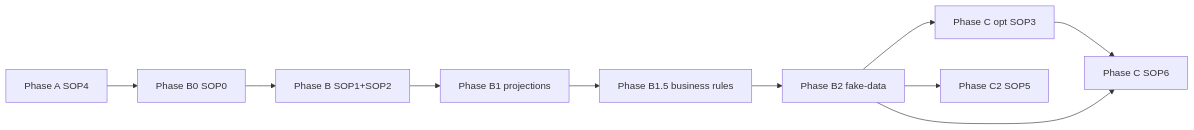
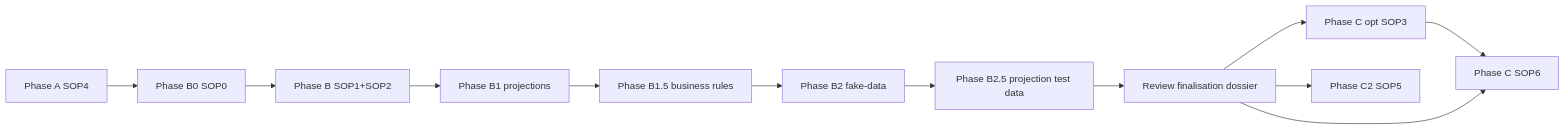
One commit to mindflight-orchestrator/starter-kit-ghostcrab-perso changed the diagram in starterkit/personal-mcp/SOP_SEQUENCE.md. Above: the diagram before and after it, drawn with Mermaid. The commit also changed other lines of this file and 9 other files, not shown here.

First line of the commit message:
Add projection test data levels and review finalisation SOPs.

````diff
--- a/starterkit/personal-mcp/SOP_SEQUENCE.md
+++ b/starterkit/personal-mcp/SOP_SEQUENCE.md
@@ -33,16 +33,20 @@
 ```mermaid
 flowchart LR
   A[Phase A SOP4]
   B0[Phase B0 SOP0]
   B[Phase B SOP1+SOP2]
   B1[Phase B1 projections]
   B15[Phase B1.5 business rules]
   B2[Phase B2 fake-data]
+  B25[Phase B2.5 projection test data]
+  R[Review finalisation dossier]
   C3[Phase C opt SOP3]
   C6[Phase C SOP6]
   C2[Phase C2 SOP5]
   A --> B0 --> B --> B1 --> B15 --> B2
-  B2 --> C3 --> C6
-  B2 --> C6
-  B2 --> C2
+  B2 --> B25
+  B25 --> R
+  R --> C3 --> C6
+  R --> C6
+  R --> C2
 ```
````
